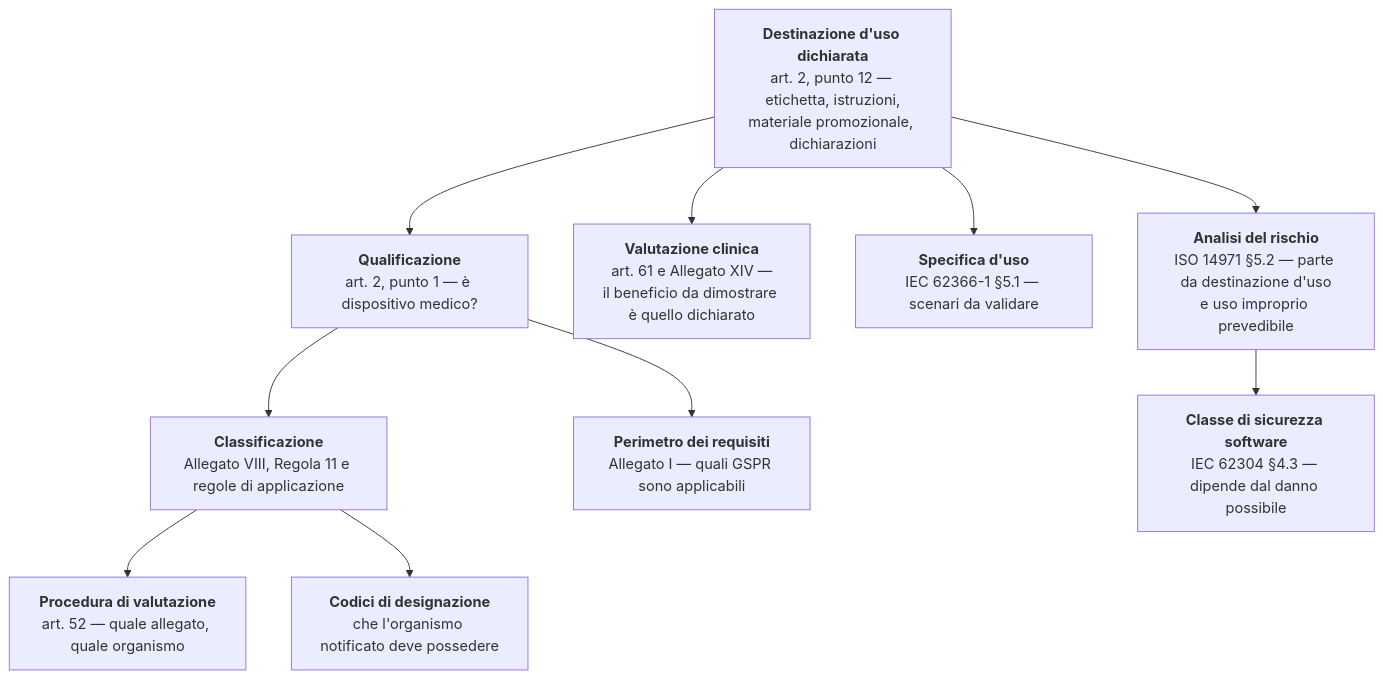
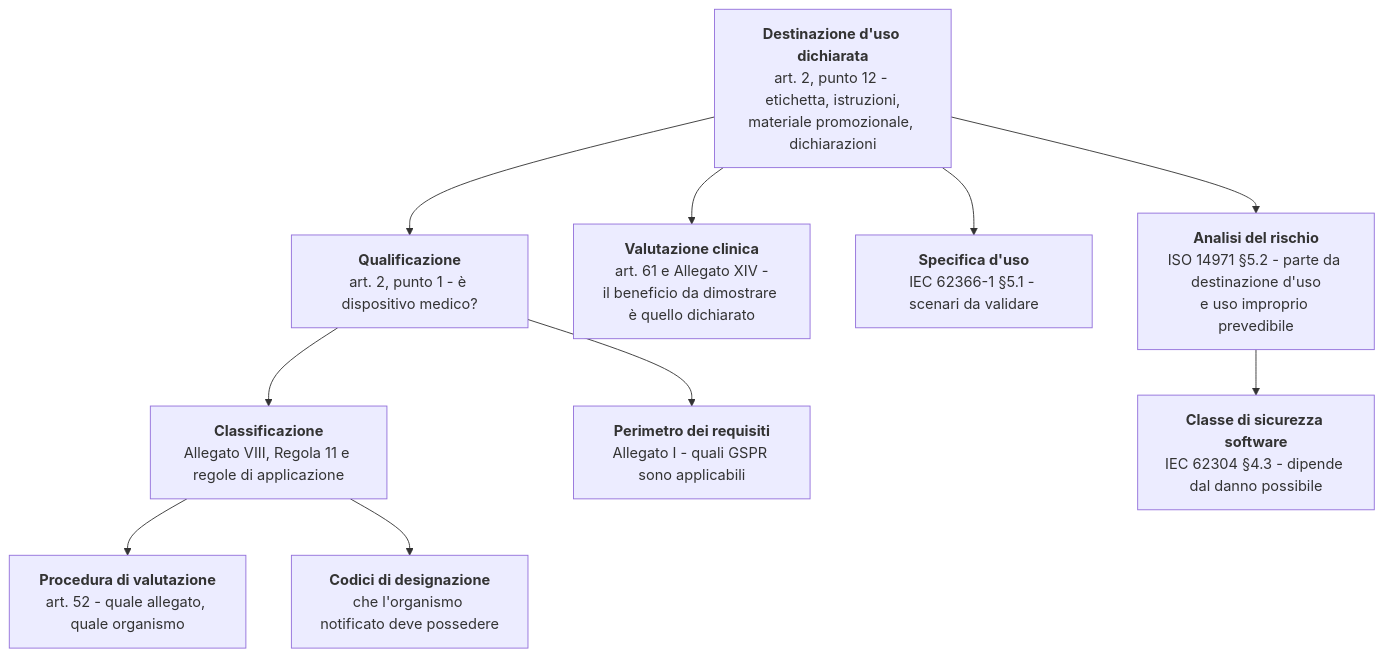
The diagram in docs/08_compliance/02-qualificazione-e-classificazione.md (fedcal/Telemedic), drawn with Mermaid before and after one commit. The commit also changed other lines of this file and 301 other files, not shown here.

````diff
--- a/docs/08_compliance/02-qualificazione-e-classificazione.md
+++ b/docs/08_compliance/02-qualificazione-e-classificazione.md
@@ -39,13 +39,13 @@
 ```mermaid
 flowchart TD
-    IU["<b>Destinazione d'uso dichiarata</b><br/>art. 2, punto 12 — etichetta, istruzioni,<br/>materiale promozionale, dichiarazioni"]
-    IU --> Q["<b>Qualificazione</b><br/>art. 2, punto 1 — è dispositivo medico?"]
+    IU["<b>Destinazione d'uso dichiarata</b><br/>art. 2, punto 12 - etichetta, istruzioni,<br/>materiale promozionale, dichiarazioni"]
+    IU --> Q["<b>Qualificazione</b><br/>art. 2, punto 1 - è dispositivo medico?"]
     Q --> C["<b>Classificazione</b><br/>Allegato VIII, Regola 11 e regole di applicazione"]
-    C --> P["<b>Procedura di valutazione</b><br/>art. 52 — quale allegato, quale organismo"]
-    Q --> G["<b>Perimetro dei requisiti</b><br/>Allegato I — quali GSPR sono applicabili"]
-    IU --> CE["<b>Valutazione clinica</b><br/>art. 61 e Allegato XIV —<br/>il beneficio da dimostrare è quello dichiarato"]
-    IU --> UE["<b>Specifica d'uso</b><br/>IEC 62366-1 §5.1 — scenari da validare"]
-    IU --> RM["<b>Analisi del rischio</b><br/>ISO 14971 §5.2 — parte da destinazione d'uso<br/>e uso improprio prevedibile"]
-    RM --> SC["<b>Classe di sicurezza software</b><br/>IEC 62304 §4.3 — dipende dal danno possibile"]
+    C --> P["<b>Procedura di valutazione</b><br/>art. 52 - quale allegato, quale organismo"]
+    Q --> G["<b>Perimetro dei requisiti</b><br/>Allegato I - quali GSPR sono applicabili"]
+    IU --> CE["<b>Valutazione clinica</b><br/>art. 61 e Allegato XIV -<br/>il beneficio da dimostrare è quello dichiarato"]
+    IU --> UE["<b>Specifica d'uso</b><br/>IEC 62366-1 §5.1 - scenari da validare"]
+    IU --> RM["<b>Analisi del rischio</b><br/>ISO 14971 §5.2 - parte da destinazione d'uso<br/>e uso improprio prevedibile"]
+    RM --> SC["<b>Classe di sicurezza software</b><br/>IEC 62304 §4.3 - dipende dal danno possibile"]
     C --> ON["<b>Codici di designazione</b><br/>che l'organismo notificato deve possedere"]
 ```
````
